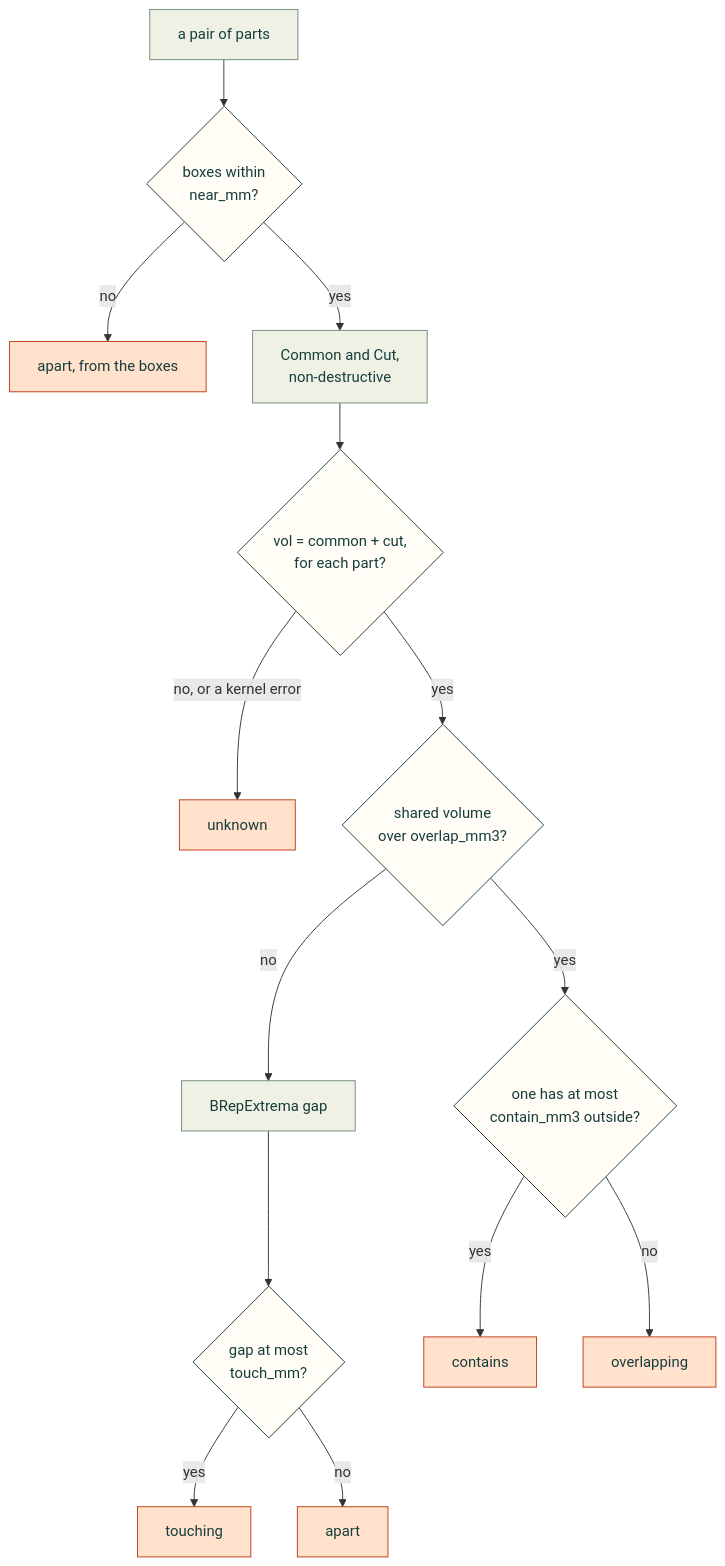
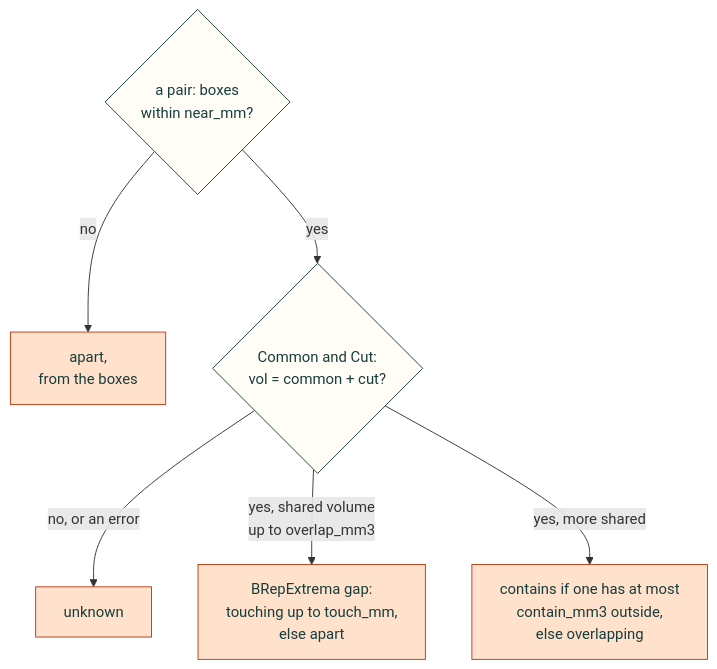
The second of 2 diagrams in docs/gates.md (Valpatel/cad-agent), drawn with Mermaid before and after one commit. The commit also changed other lines of this file and 4 other files, not shown here.

````diff
--- a/docs/gates.md
+++ b/docs/gates.md
@@ -122,22 +122,13 @@
 ```mermaid
 flowchart TD
-    P["a pair of parts"] --> N{"boxes within<br/>near_mm?"}
-    N -->|"no"| A1["apart, from the boxes"]
-    N -->|"yes"| C["Common and Cut,<br/>non-destructive"]
-    C --> X{"vol = common + cut,<br/>for each part?"}
-    X -->|"no, or a kernel error"| U["unknown"]
-    X -->|"yes"| V{"shared volume<br/>over overlap_mm3?"}
-    V -->|"no"| D["BRepExtrema gap"]
-    D --> T{"gap at most<br/>touch_mm?"}
-    T -->|"yes"| TO["touching"]
-    T -->|"no"| A2["apart"]
-    V -->|"yes"| I{"one has at most<br/>contain_mm3 outside?"}
-    I -->|"yes"| CO["contains"]
-    I -->|"no"| OV["overlapping"]
+    P{"a pair: boxes<br/>within near_mm?"} -->|"no"| A1["apart,<br/>from the boxes"]
+    P -->|"yes"| C{"Common and Cut:<br/>vol = common + cut?"}
+    C -->|"no, or an error"| U["unknown"]
+    C -->|"yes, shared volume<br/>up to overlap_mm3"| D["BRepExtrema gap:<br/>touching up to touch_mm,<br/>else apart"]
+    C -->|"yes, more shared"| I["contains if one has at most<br/>contain_mm3 outside,<br/>else overlapping"]
     classDef here fill:#fffdf5,stroke:#173d3c,color:#173d3c
     classDef near fill:#eef1e4,stroke:#6f8a80,color:#173d3c
     classDef out fill:#ffe1cc,stroke:#bd3a12,color:#173d3c
-    class P,C,D near
-    class N,X,V,T,I here
-    class A1,A2,TO,CO,OV,U out
+    class P,C here
+    class A1,U,D,I out
 ```
````
